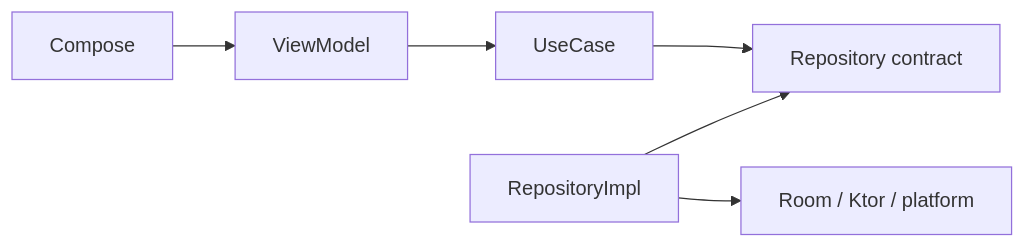
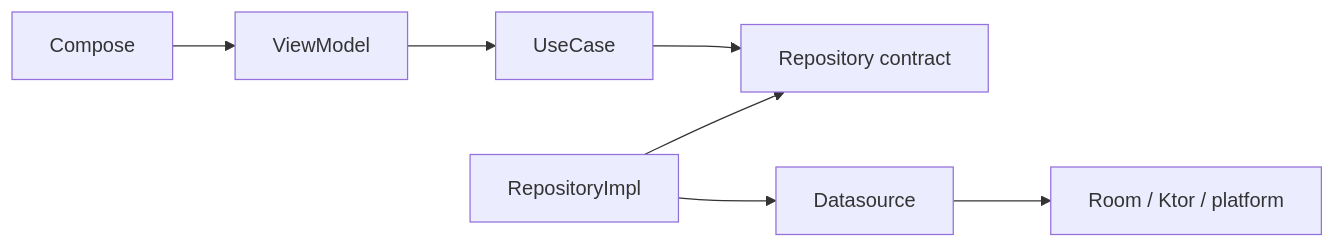
One commit to cbgm/Sparrow changed the diagram in docs/development/extending.md. Above: the diagram before and after it, drawn with Mermaid. The commit also changed other lines of this file and 70 other files, not shown here.

````diff
--- a/docs/development/extending.md
+++ b/docs/development/extending.md
@@ -17,6 +19,7 @@
 ```mermaid
 flowchart LR
     UI[Compose] --> VM[ViewModel] --> UC[UseCase] --> R[Repository contract]
     RI[RepositoryImpl] --> R
-    RI --> IO[Room / Ktor / platform]
+    RI --> DS[Datasource]
+    DS --> IO[Room / Ktor / platform]
 ```
````
